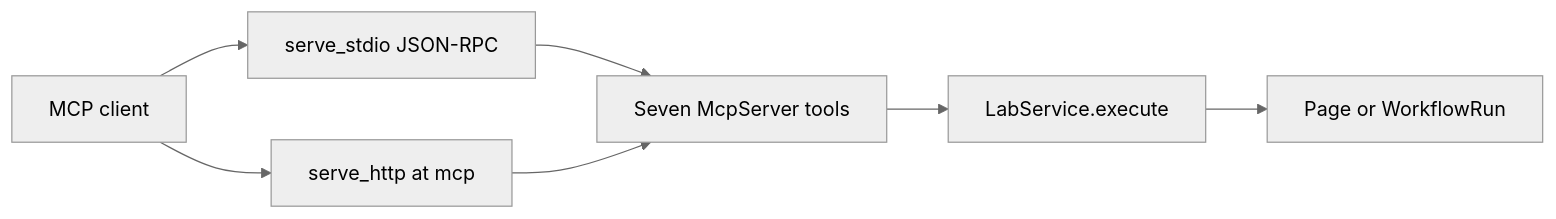
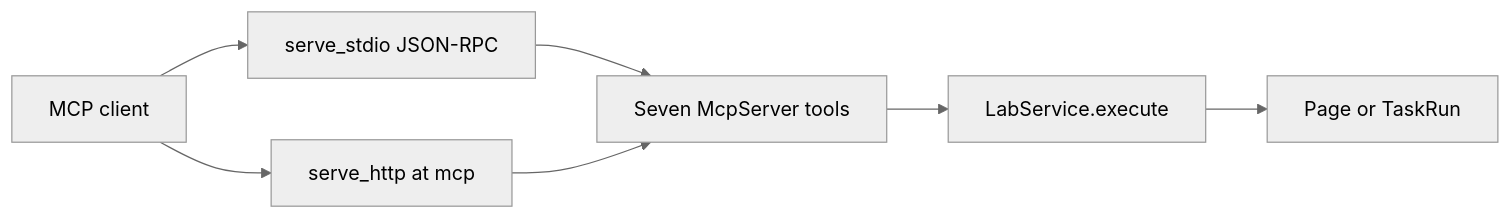
The diagram in backlog/docs/reference/mcp/doc-5 - MCP.md (A3Analytics/a2a-lab-dev-kit-rs), drawn with Mermaid (neutral theme) before and after one commit. The commit also changed other lines of this file and 50 other files, not shown here.

Commit message:
Refactor a2a-lab-sdk to replace workflows with tasks. Updated documentation and examples to reflect the new task-based architecture, including changes to API methods, data structures, and protocol definitions. Enhanced README and other documentation to clarify the transition from workflows to tasks.

````diff
--- a/backlog/docs/reference/mcp/doc-5 - MCP.md
+++ b/backlog/docs/reference/mcp/doc-5 - MCP.md
@@ -17,9 +17,9 @@
 ```mermaid
 flowchart LR
   client["MCP client"] --> stdio["serve_stdio JSON-RPC"]
   client --> http["serve_http at mcp"]
   stdio --> tools["Seven McpServer tools"]
   http --> tools
   tools --> lab["LabService.execute"]
-  lab --> body["Page or WorkflowRun"]
+  lab --> body["Page or TaskRun"]
 ```
````
